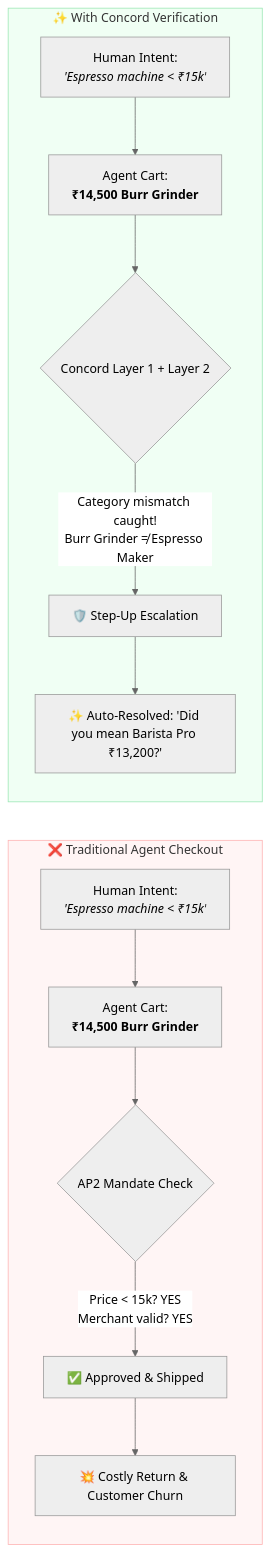
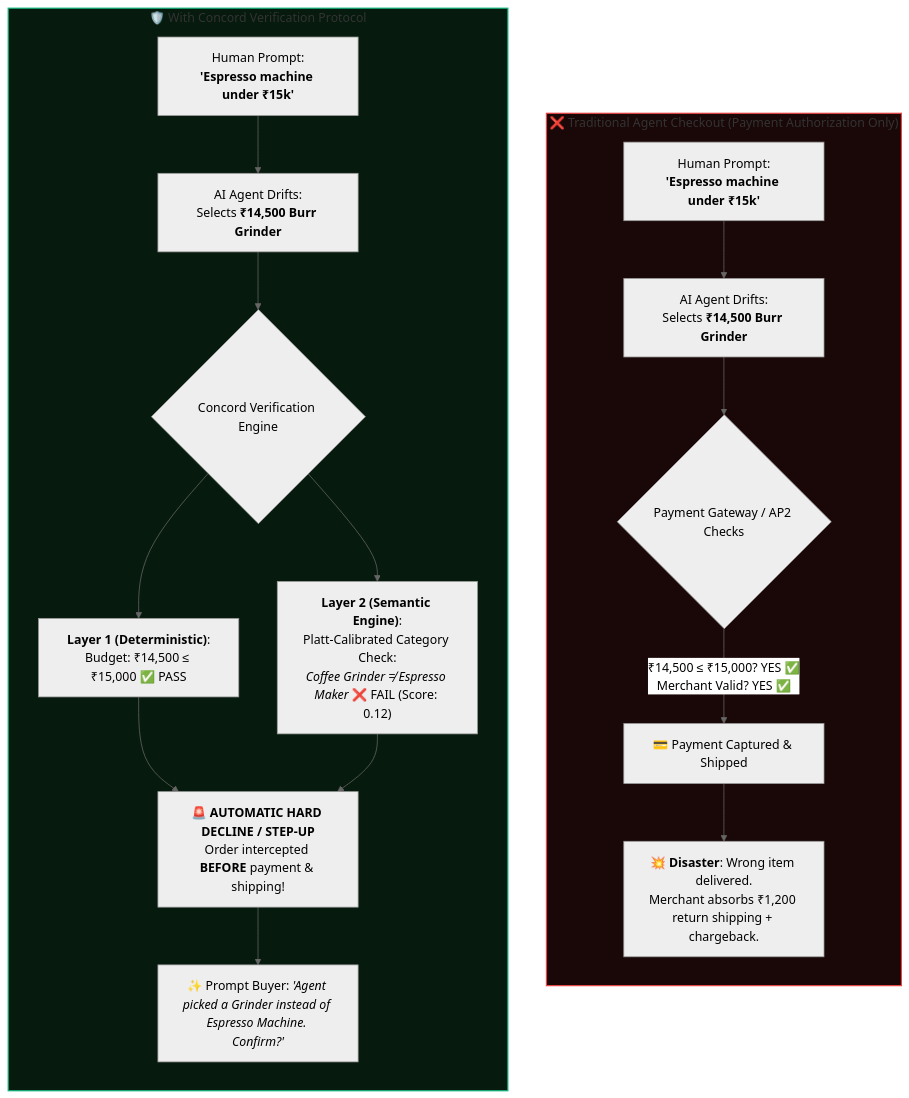
Before and after one commit to Kritika11052005/Concord: the first of 3 diagrams in README.md, drawn with Mermaid (neutral theme). The commit also changed other lines of this file and 4 other files, not shown here.

````diff
--- a/README.md
+++ b/README.md
@@ -38,21 +51,23 @@
 ```mermaid
-flowchart LR
-    subgraph Legacy["❌ Traditional Agent Checkout"]
+flowchart TD
+    subgraph Legacy["❌ Traditional Agent Checkout (Payment Authorization Only)"]
         direction TB
-        A1["Human Intent:<br/><i>'Espresso machine &lt; ₹15k'</i>"] --> B1["Agent Cart:<br/><b>₹14,500 Burr Grinder</b>"]
-        B1 --> C1{"AP2 Mandate Check"}
-        C1 -- "Price &lt; 15k? YES<br/>Merchant valid? YES" --> D1["✅ Approved & Shipped"]
-        D1 --> E1["💥 Costly Return & Customer Churn"]
+        A1["Human Prompt:<br/><b>'Espresso machine under ₹15k'</b>"] --> B1["AI Agent Drifts:<br/>Selects <b>₹14,500 Burr Grinder</b>"]
+        B1 --> C1{"Payment Gateway / AP2 Checks"}
+        C1 -- "₹14,500 ≤ ₹15,000? YES ✅<br/>Merchant Valid? YES ✅" --> D1["💳 Payment Captured & Shipped"]
+        D1 --> E1["💥 <b>Disaster</b>: Wrong item delivered.<br/>Merchant absorbs ₹1,200 return shipping + chargeback."]
     end
 
-    subgraph ConcordFlow["✨ With Concord Verification"]
+    subgraph ConcordFlow["🛡️ With Concord Verification Protocol"]
         direction TB
-        A2["Human Intent:<br/><i>'Espresso machine &lt; ₹15k'</i>"] --> B2["Agent Cart:<br/><b>₹14,500 Burr Grinder</b>"]
-        B2 --> C2{"Concord Layer 1 + Layer 2"}
-        C2 -- "Category mismatch caught!<br/>Burr Grinder ≠ Espresso Maker" --> D2["🛡️ Step-Up Escalation"]
-        D2 --> E2["✨ Auto-Resolved: 'Did you mean Barista Pro ₹13,200?'"]
+        A2["Human Prompt:<br/><b>'Espresso machine under ₹15k'</b>"] --> B2["AI Agent Drifts:<br/>Selects <b>₹14,500 Burr Grinder</b>"]
+        B2 --> C2{"Concord Verification Engine"}
+        C2 --> D2A["<b>Layer 1 (Deterministic)</b>:<br/>Budget: ₹14,500 ≤ ₹15,000 ✅ PASS"]
+        C2 --> D2B["<b>Layer 2 (Semantic Engine)</b>:<br/>Platt-Calibrated Category Check:<br/><i>Coffee Grinder ≠ Espresso Maker</i> ❌ FAIL (Score: 0.12)"]
+        D2A & D2B --> E2["🚨 <b>AUTOMATIC HARD DECLINE / STEP-UP</b><br/>Order intercepted <b>BEFORE</b> payment & shipping!"]
+        E2 --> F2["✨ Prompt Buyer: <i>'Agent picked a Grinder instead of Espresso Machine. Confirm?'</i>"]
     end
 
-    style Legacy fill:#fff5f5,stroke:#feb2b2,stroke-width:1px
-    style ConcordFlow fill:#f0fff4,stroke:#9ae6b4,stroke-width:1px
+    style Legacy fill:#1a0808,stroke:#ef4444,stroke-width:1.5px
+    style ConcordFlow fill:#061a0e,stroke:#10b981,stroke-width:1.5px
 ```
````
